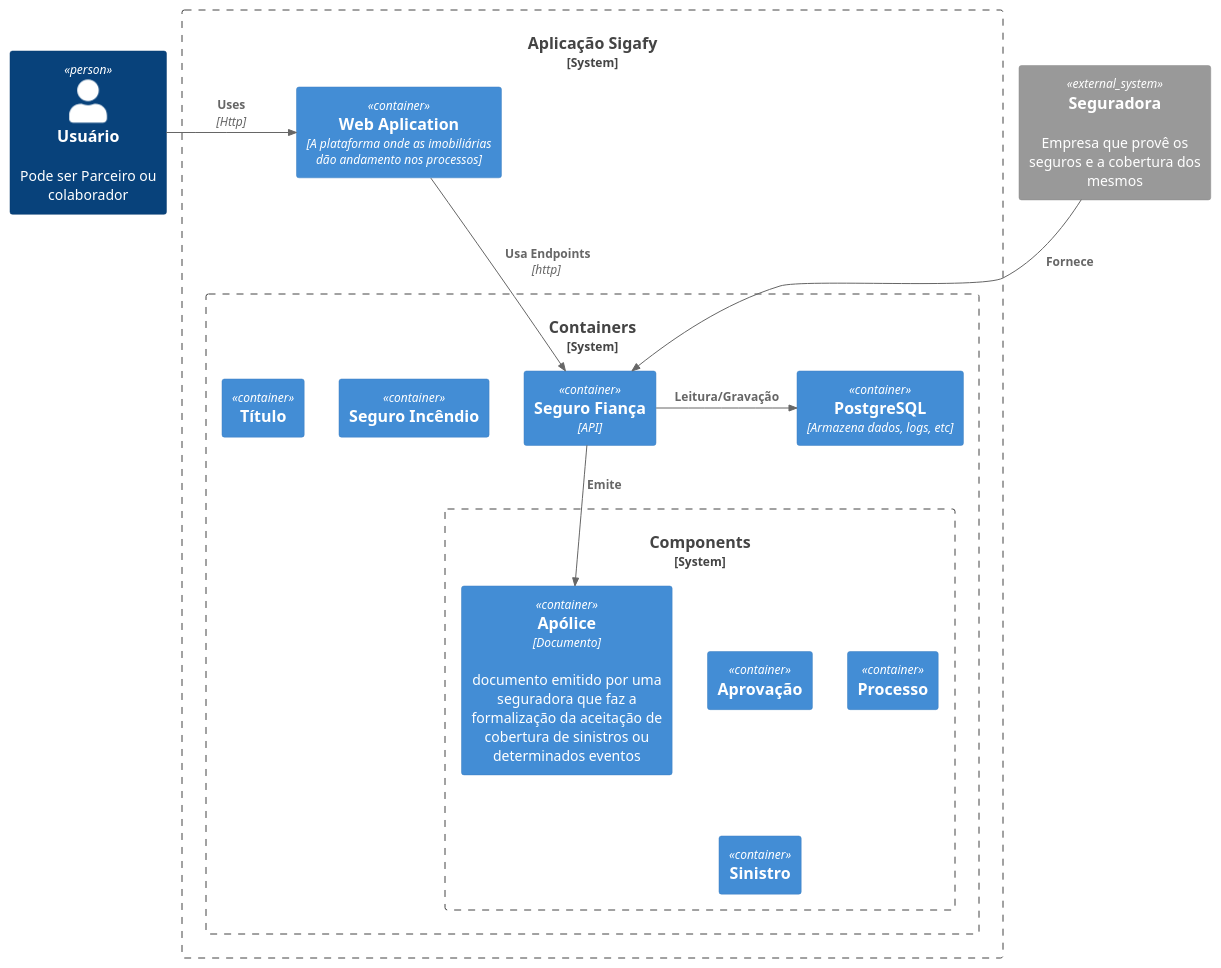
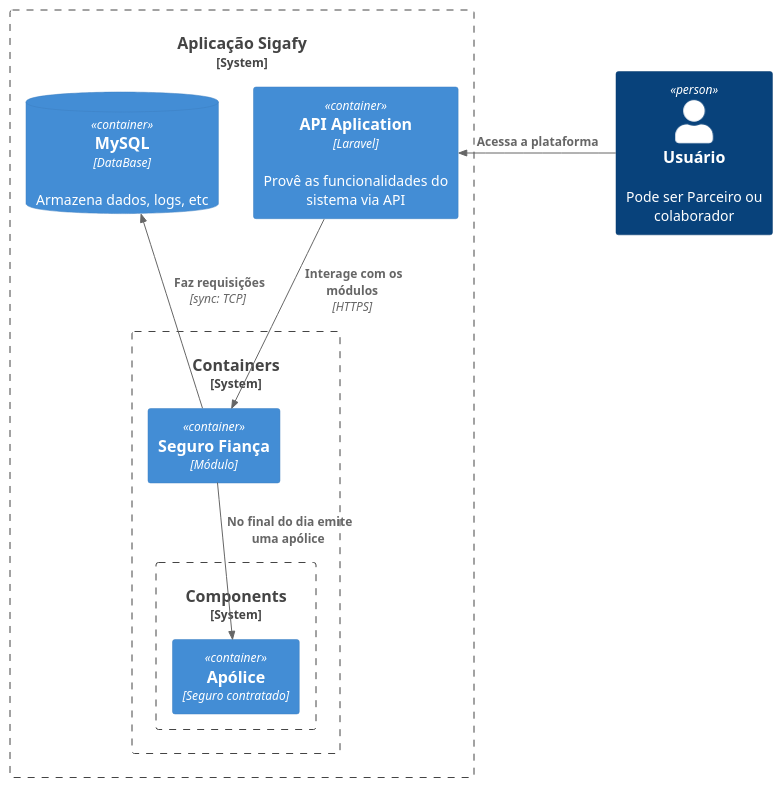
Before and after one commit to EliezerRibeiroNunes/C4Model: the diagram in C4model.plantuml, drawn with PlantUML.

Commit message:
subindo novas alterações para o repositório

```diff
--- a/C4model.plantuml
+++ b/C4model.plantuml
@@ -1,30 +1,23 @@
 @startuml Seguro Fiança
 
 !include https://raw.githubusercontent.com/plantuml-stdlib/C4-PlantUML/master/C4_Container.puml
 
 Person(user, "Usuário", "Pode ser Parceiro ou colaborador")
-System_Ext(seguradora, "Seguradora", "Empresa que provê os seguros e a cobertura dos mesmos")
 
 System_Boundary(c1, "Aplicação Sigafy") {
-    Container(sys, "Web Aplication", "A plataforma onde as imobiliárias dão andamento nos processos")
+    Container(sys, "API Aplication", "Laravel", "Provê as funcionalidades do sistema via API")
+    ContainerDb(db, "MySQL" ,"DataBase", "Armazena dados, logs, etc")
 
     System_Boundary(c2, "Containers") {
-        Container(api,"Seguro Fiança","API")
-        Container(incendio,"Seguro Incêndio")
-        Container(titulo,"Título")
-        Container(db, "PostgreSQL" ,"Armazena dados, logs, etc")
-
+        Container(seguroFianca,"Seguro Fiança","Módulo")
+        
         System_Boundary(c3, "Components") {
-            Container(apolice, "Apólice", "Documento", "documento emitido por uma seguradora que faz a formalização da aceitação de cobertura de sinistros ou determinados eventos")
-            Container(aprovacao, "Aprovação")
-            Container(processo, "Processo")
-            Container(sinistro, "Sinistro")
+            Container(apolice, "Apólice", "Seguro contratado")
         }
     }
 }
-Rel_R(user, sys, "Uses", "Http")
-Rel(sys, api, " Usa Endpoints","http")
-Rel(api, apolice, " Emite")
-Rel(seguradora, api, "Fornece")
-Rel_R(api, db, "Leitura/Gravação")
+Rel_L(user, sys, "Acessa a plataforma")
+Rel(sys, seguroFianca, " Interage com os módulos","HTTPS")
+Rel(seguroFianca, apolice, " No final do dia emite uma apólice")
+Rel_U(seguroFianca, db, " Faz requisições","sync: TCP")
 @enduml
```
